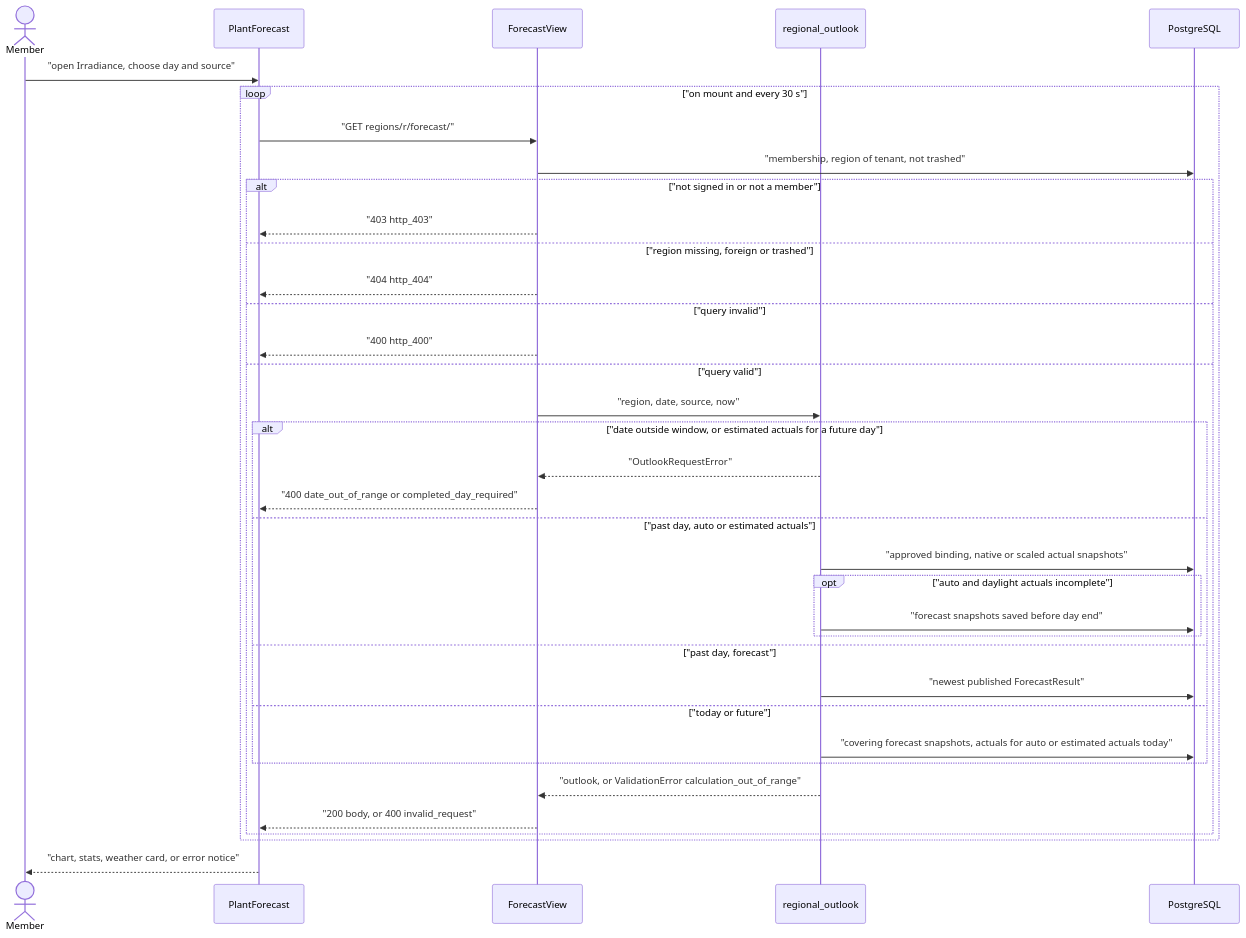
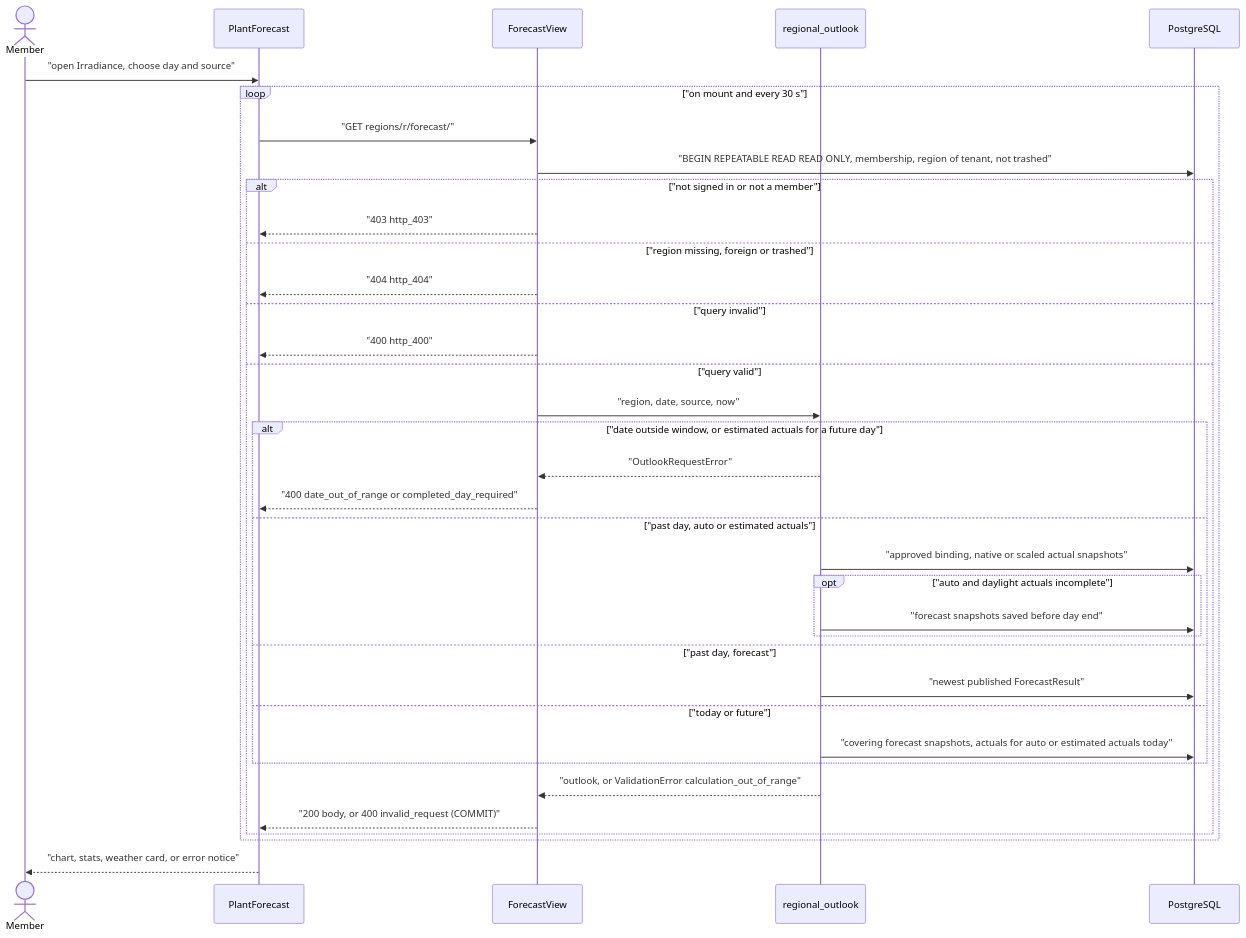
The diagram in docs/flows/irradiance-forecast-view.md (erkurtharun/pyracast), drawn with Mermaid before and after one commit. The commit also changed other lines of this file and 8 other files, not shown here.

First line of the commit message:
Read forecasts on one read-only snapshot without row locks

````diff
--- a/docs/flows/irradiance-forecast-view.md
+++ b/docs/flows/irradiance-forecast-view.md
@@ -12,38 +12,38 @@
 ```mermaid
 sequenceDiagram
     actor U as Member
     participant P as PlantForecast
     participant V as ForecastView
     participant O as regional_outlook
     participant DB as PostgreSQL
     U->>P: "open Irradiance, choose day and source"
     loop "on mount and every 30 s"
         P->>V: "GET regions/r/forecast/"
-        V->>DB: "membership, region of tenant, not trashed"
+        V->>DB: "BEGIN REPEATABLE READ READ ONLY, membership, region of tenant, not trashed"
         alt "not signed in or not a member"
             V-->>P: "403 http_403"
         else "region missing, foreign or trashed"
             V-->>P: "404 http_404"
         else "query invalid"
             V-->>P: "400 http_400"
         else "query valid"
             V->>O: "region, date, source, now"
             alt "date outside window, or estimated actuals for a future day"
                 O-->>V: "OutlookRequestError"
                 V-->>P: "400 date_out_of_range or completed_day_required"
             else "past day, auto or estimated actuals"
                 O->>DB: "approved binding, native or scaled actual snapshots"
                 opt "auto and daylight actuals incomplete"
                     O->>DB: "forecast snapshots saved before day end"
                 end
             else "past day, forecast"
                 O->>DB: "newest published ForecastResult"
             else "today or future"
                 O->>DB: "covering forecast snapshots, actuals for auto or estimated actuals today"
             end
             O-->>V: "outlook, or ValidationError calculation_out_of_range"
-            V-->>P: "200 body, or 400 invalid_request"
+            V-->>P: "200 body, or 400 invalid_request (COMMIT)"
         end
     end
     P-->>U: "chart, stats, weather card, or error notice"
 ```
````
